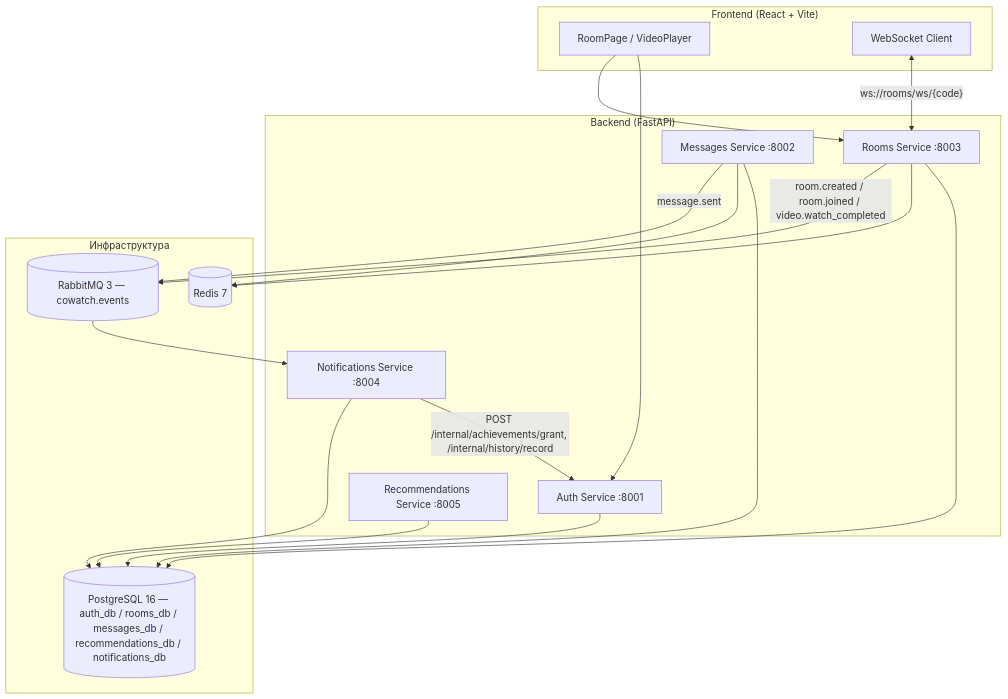
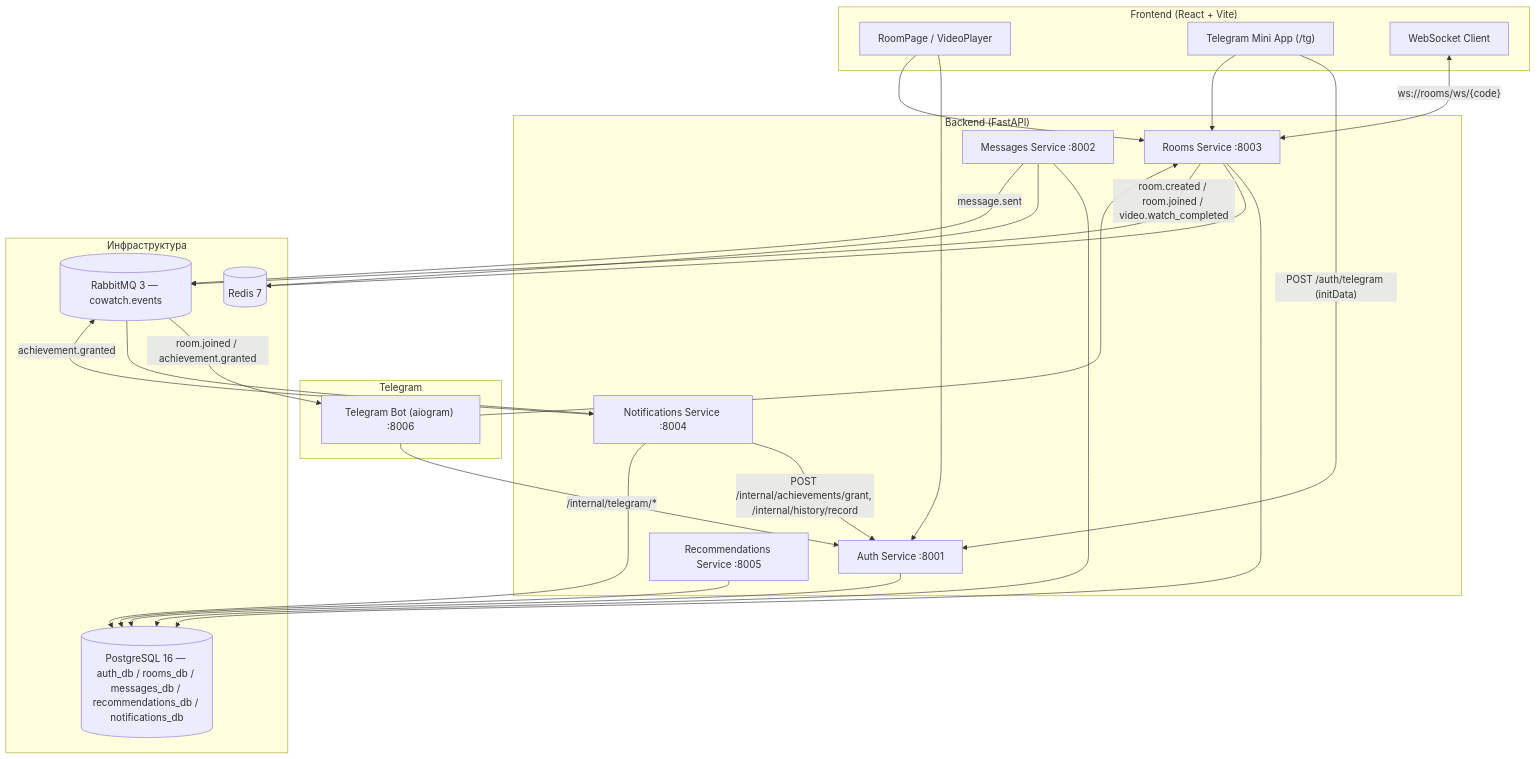
One commit to mivlabs/cowatch changed the diagram in README.md. Above: the diagram before and after it, drawn with Mermaid. The commit also changed other lines of this file and 59 other files, not shown here.

First line of the commit message:
feat(telegram): bot and Mini App

````diff
--- a/README.md
+++ b/README.md
@@ -69,36 +72,47 @@
 ```mermaid
 flowchart TB
     subgraph Client["Frontend (React + Vite)"]
         UI[RoomPage / VideoPlayer]
+        TMA["Telegram Mini App (/tg)"]
         WS_CLIENT[WebSocket Client]
+    end
+
+    subgraph Telegram["Telegram"]
+        TGBOT["Telegram Bot (aiogram) :8006"]
     end
 
     subgraph Backend["Backend (FastAPI)"]
         AUTH["Auth Service :8001"]
         ROOMS["Rooms Service :8003"]
         MSG["Messages Service :8002"]
         RECS["Recommendations Service :8005"]
         NOTIF["Notifications Service :8004"]
     end
 
     subgraph Infra["Инфраструктура"]
         PG[(PostgreSQL 16 — auth_db / rooms_db / messages_db / recommendations_db / notifications_db)]
         REDIS[(Redis 7)]
         RMQ[(RabbitMQ 3 — cowatch.events)]
     end
 
     UI --> AUTH
     UI --> ROOMS
     WS_CLIENT <-->|"ws://rooms/ws/{code}"| ROOMS
     AUTH --> PG
     ROOMS --> PG
     ROOMS --> REDIS
     MSG --> PG
     MSG --> REDIS
     RECS --> PG
+    TMA -->|"POST /auth/telegram (initData)"| AUTH
+    TMA --> ROOMS
+    TGBOT -->|"/internal/telegram/*"| AUTH
+    TGBOT --> ROOMS
+    RMQ -->|"room.joined / achievement.granted"| TGBOT
+    NOTIF -->|"achievement.granted"| RMQ
     ROOMS -->|"room.created / room.joined / video.watch_completed"| RMQ
     MSG -->|"message.sent"| RMQ
     RMQ --> NOTIF
     NOTIF -->|"POST /internal/achievements/grant, /internal/history/record"| AUTH
     NOTIF --> PG
 ```
````
